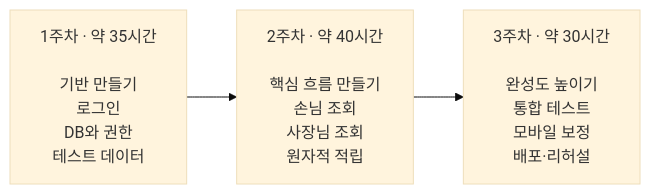
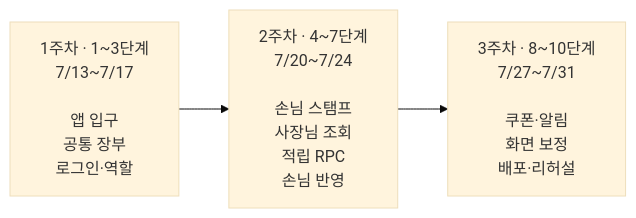
The fifth of 12 diagrams in docs/beginner-development-roadmap.md (Mureung1/hub-showcase), drawn with Mermaid (base theme) before and after one commit. The commit also changed other lines of this file and 6 other files, not shown here.

Commit message:
docs(plan): MVP 개발 계획과 구조 다이어그램 정리

````diff
--- a/docs/beginner-development-roadmap.md
+++ b/docs/beginner-development-roadmap.md
@@ -114,8 +137,8 @@
 ```mermaid
 flowchart LR
-    W1["1주차 · 약 35시간<br/><br/>기반 만들기<br/>로그인<br/>DB와 권한<br/>테스트 데이터"]
-    W2["2주차 · 약 40시간<br/><br/>핵심 흐름 만들기<br/>손님 조회<br/>사장님 조회<br/>원자적 적립"]
-    W3["3주차 · 약 30시간<br/><br/>완성도 높이기<br/>통합 테스트<br/>모바일 보정<br/>배포·리허설"]
+    W1["1주차 · 1~3단계<br/>7/13~7/17<br/><br/>앱 입구<br/>공통 장부<br/>로그인·역할"]
+    W2["2주차 · 4~7단계<br/>7/20~7/24<br/><br/>손님 스탬프<br/>사장님 조회<br/>적립 RPC<br/>손님 반영"]
+    W3["3주차 · 8~10단계<br/>7/27~7/31<br/><br/>쿠폰·알림<br/>화면 보정<br/>배포·리허설"]
 
     W1 --> W2 --> W3
 ```
````
